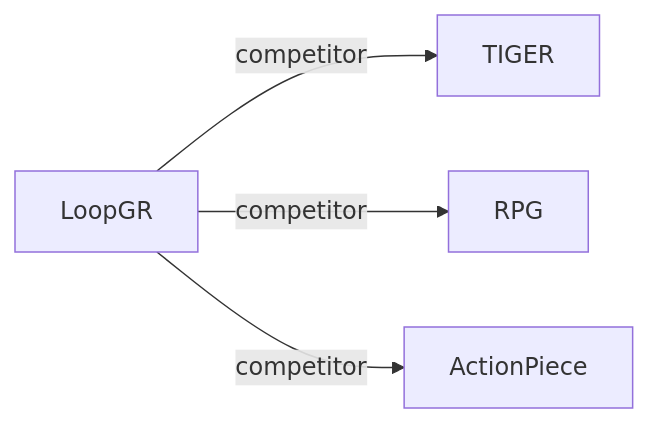
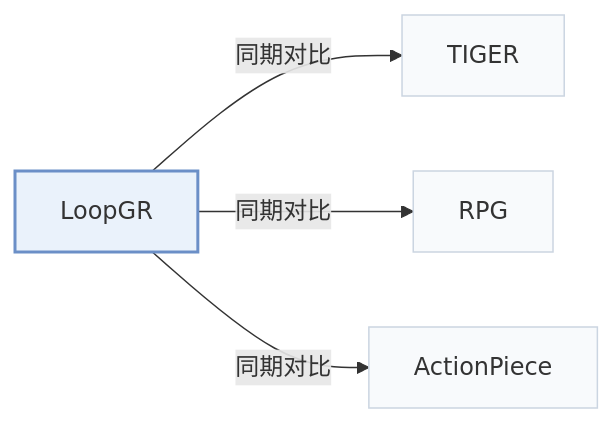
The second of 2 diagrams in pages/zh/papers/loopgr.md (Galaxy-ghost/Awesome-SID-Generative-Rec), drawn with Mermaid before and after one commit. The commit also changed other lines of this file and 649 other files, not shown here.

Commit message:
writer-05: also tags and modality index (schema, check, build, visuals); summary field removed; calibration data for 12 papers

````diff
--- a/pages/zh/papers/loopgr.md
+++ b/pages/zh/papers/loopgr.md
@@ -68,7 +73,11 @@
 ```mermaid
 flowchart LR
     P["LoopGR"]
-    P -->|competitor| A["TIGER"]
-    P -->|competitor| B["RPG"]
-    P -->|competitor| C["ActionPiece"]
+    P -->|"同期对比"| A["TIGER"]
+    P -->|"同期对比"| B["RPG"]
+    P -->|"同期对比"| C["ActionPiece"]
+    classDef main fill:#eaf2fb,stroke:#6b8fc7,stroke-width:2px
+    classDef peer fill:#f8fafc,stroke:#cbd5e1
+    class P main
+    class A,B,C peer
 ```
````
